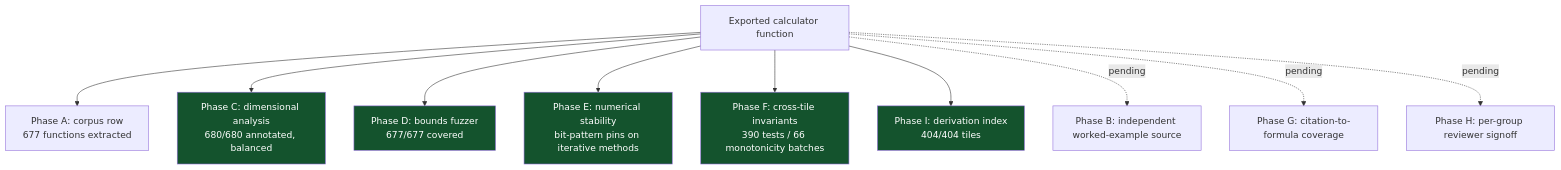
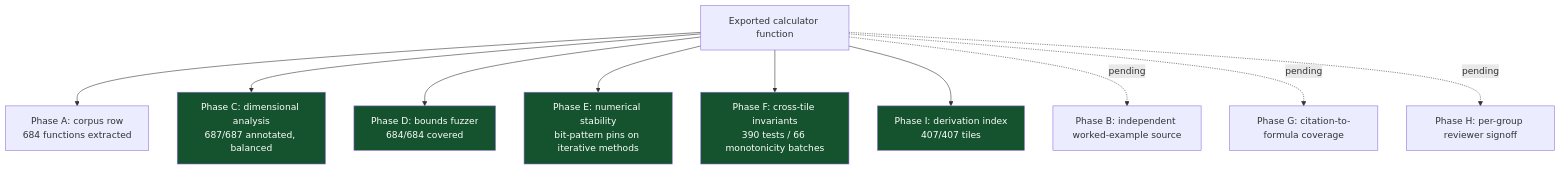
The fourth of 5 diagrams in README.md (clay-good/roughlogic.com), drawn with Mermaid before and after one commit. The commit also changed other lines of this file and 17 other files, not shown here.

````diff
--- a/README.md
+++ b/README.md
@@ -206,17 +206,17 @@
 ```mermaid
 flowchart TB
-    F[Exported calculator function] --> A[Phase A: corpus row\n677 functions extracted]
-    F --> C[Phase C: dimensional analysis\n680/680 annotated, balanced]
-    F --> D[Phase D: bounds fuzzer\n677/677 covered]
+    F[Exported calculator function] --> A[Phase A: corpus row\n684 functions extracted]
+    F --> C[Phase C: dimensional analysis\n687/687 annotated, balanced]
+    F --> D[Phase D: bounds fuzzer\n684/684 covered]
     F --> E[Phase E: numerical stability\nbit-pattern pins on iterative methods]
     F --> Fa[Phase F: cross-tile invariants\n390 tests / 66 monotonicity batches]
-    F --> I[Phase I: derivation index\n404/404 tiles]
+    F --> I[Phase I: derivation index\n407/407 tiles]
     F -.pending.-> B[Phase B: independent worked-example source]
     F -.pending.-> G[Phase G: citation-to-formula coverage]
     F -.pending.-> H[Phase H: per-group reviewer signoff]
     style C fill:#14532d,color:#fff
     style D fill:#14532d,color:#fff
     style E fill:#14532d,color:#fff
     style Fa fill:#14532d,color:#fff
     style I fill:#14532d,color:#fff
 ```
````
